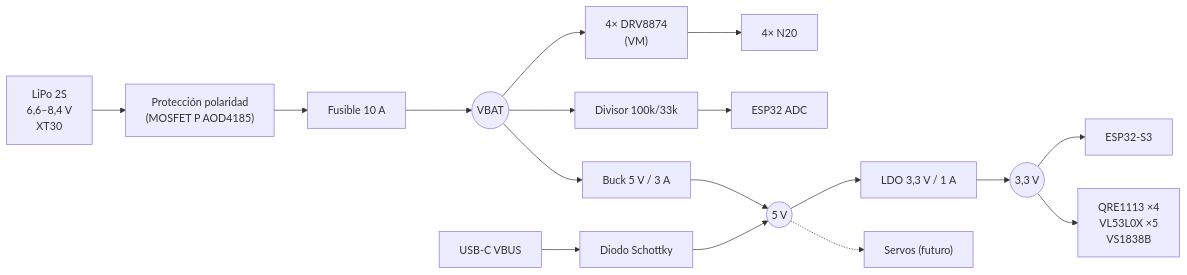
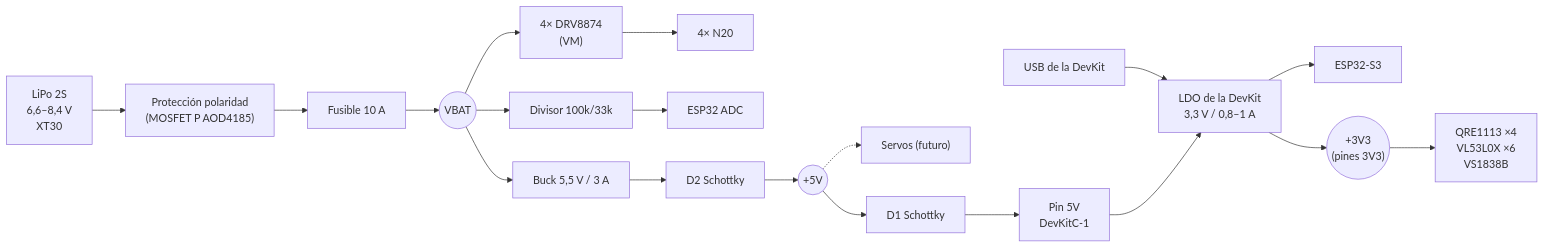
Before and after one commit to Mateosmerodes/Mini_Sumo_Robot_LHDLT: the first of 2 diagrams in Robot_Mini-Sumo/docs/02-Arquitectura-electrica.md, drawn with Mermaid. The commit also changed other lines of this file and 44 other files, not shown here.

First line of the commit message:
ESP32-S3-DevKitC-1 completa enchufada en lugar del módulo soldado (placa base v1.1)

````diff
--- a/Robot_Mini-Sumo/docs/02-Arquitectura-electrica.md
+++ b/Robot_Mini-Sumo/docs/02-Arquitectura-electrica.md
@@ -7,15 +7,17 @@
 ```mermaid
 flowchart LR
     BAT["LiPo 2S<br/>6,6–8,4 V<br/>XT30"] --> REV["Protección polaridad<br/>(MOSFET P AOD4185)"]
     REV --> FUSE["Fusible 10 A"]
     FUSE --> VBAT(("VBAT"))
     VBAT --> DRV["4× DRV8874<br/>(VM)"]
     DRV --> MOT["4× N20"]
     VBAT --> DIV["Divisor 100k/33k"] --> ADC["ESP32 ADC"]
-    VBAT --> BUCK["Buck 5 V / 3 A"] --> V5(("5 V"))
-    USB["USB-C VBUS"] --> D["Diodo Schottky"] --> V5
-    V5 --> LDO["LDO 3,3 V / 1 A"] --> V33(("3,3 V"))
+    VBAT --> BUCK["Buck 5,5 V / 3 A"] --> D2["D2 Schottky"] --> V5(("+5V"))
     V5 -.-> SERVO["Servos (futuro)"]
-    V33 --> ESP["ESP32-S3"]
-    V33 --> SENS["QRE1113 ×4<br/>VL53L0X ×5<br/>VS1838B"]
+    V5 --> D1["D1 Schottky"] --> P5["Pin 5V<br/>DevKitC-1"]
+    USB["USB de la DevKit"] --> LDO
+    P5 --> LDO["LDO de la DevKit<br/>3,3 V / 0,8–1 A"]
+    LDO --> ESP["ESP32-S3"]
+    LDO --> V33(("+3V3<br/>(pines 3V3)"))
+    V33 --> SENS["QRE1113 ×4<br/>VL53L0X ×6<br/>VS1838B"]
 ```
````
